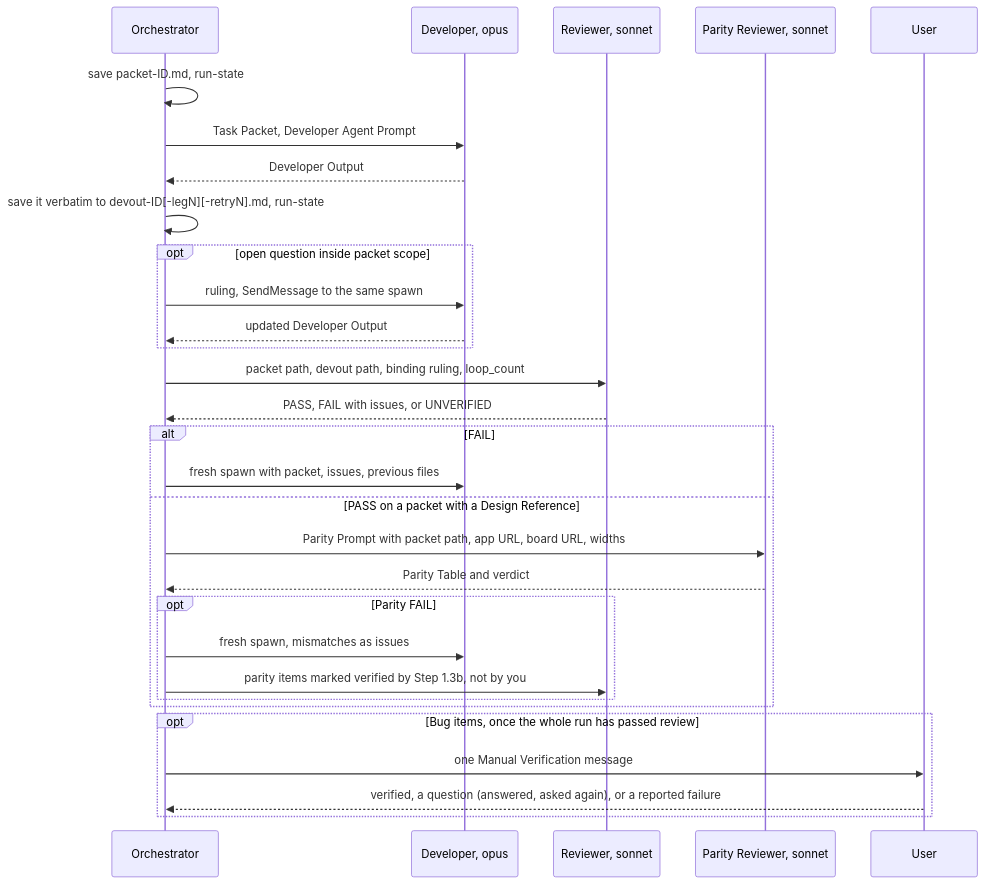
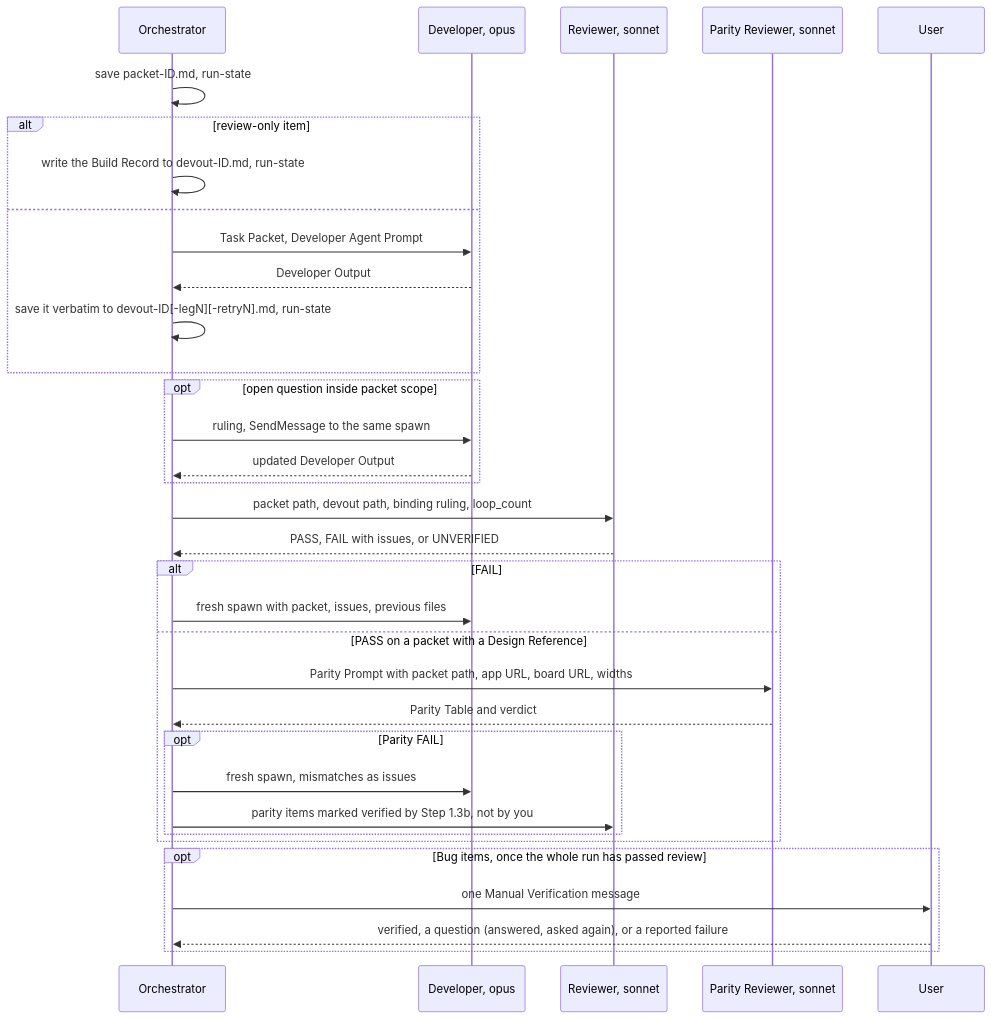
Before and after one commit to muhammedalikhan86/claude-stash: the fourth of 4 diagrams in skills/plugin-orchestrator-development-pattern/mermaid/03-phase1-work-item-loop.md, drawn with Mermaid. The commit also changed other lines of this file and 32 other files, not shown here.

````diff
--- a/skills/plugin-orchestrator-development-pattern/mermaid/03-phase1-work-item-loop.md
+++ b/skills/plugin-orchestrator-development-pattern/mermaid/03-phase1-work-item-loop.md
@@ -76,32 +85,36 @@
 ```mermaid
 sequenceDiagram
     participant O as Orchestrator
     participant D as Developer, opus
     participant R as Reviewer, sonnet
     participant P as Parity Reviewer, sonnet
     participant U as User
     O->>O: save packet-ID.md, run-state
-    O->>D: Task Packet, Developer Agent Prompt
-    D-->>O: Developer Output
-    O->>O: save it verbatim to devout-ID[-legN][-retryN].md, run-state
+    alt review-only item
+        O->>O: write the Build Record to devout-ID.md, run-state
+    else
+        O->>D: Task Packet, Developer Agent Prompt
+        D-->>O: Developer Output
+        O->>O: save it verbatim to devout-ID[-legN][-retryN].md, run-state
+    end
     opt open question inside packet scope
         O->>D: ruling, SendMessage to the same spawn
         D-->>O: updated Developer Output
     end
     O->>R: packet path, devout path, binding ruling, loop_count
     R-->>O: PASS, FAIL with issues, or UNVERIFIED
     alt FAIL
         O->>D: fresh spawn with packet, issues, previous files
     else PASS on a packet with a Design Reference
         O->>P: Parity Prompt with packet path, app URL, board URL, widths
         P-->>O: Parity Table and verdict
         opt Parity FAIL
             O->>D: fresh spawn, mismatches as issues
             O->>R: parity items marked verified by Step 1.3b, not by you
         end
     end
     opt Bug items, once the whole run has passed review
         O->>U: one Manual Verification message
         U-->>O: verified, a question (answered, asked again), or a reported failure
     end
 ```
````
